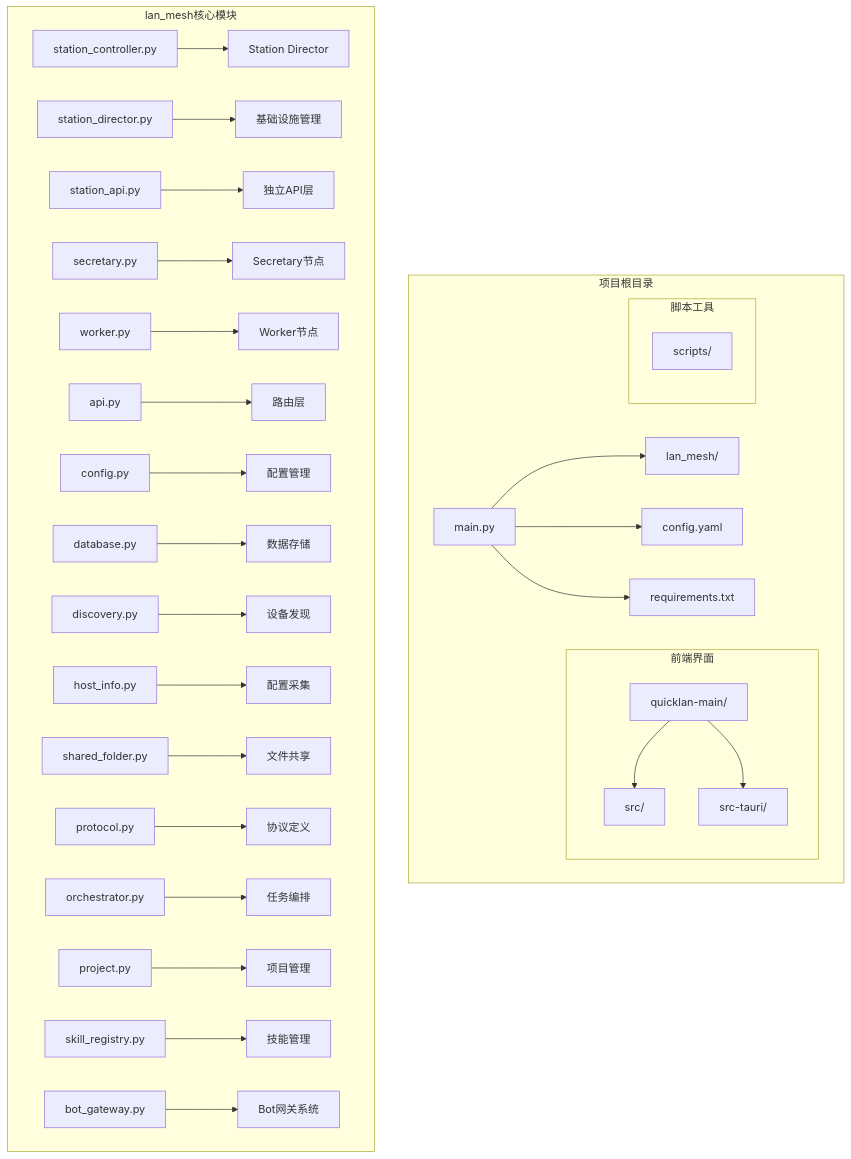
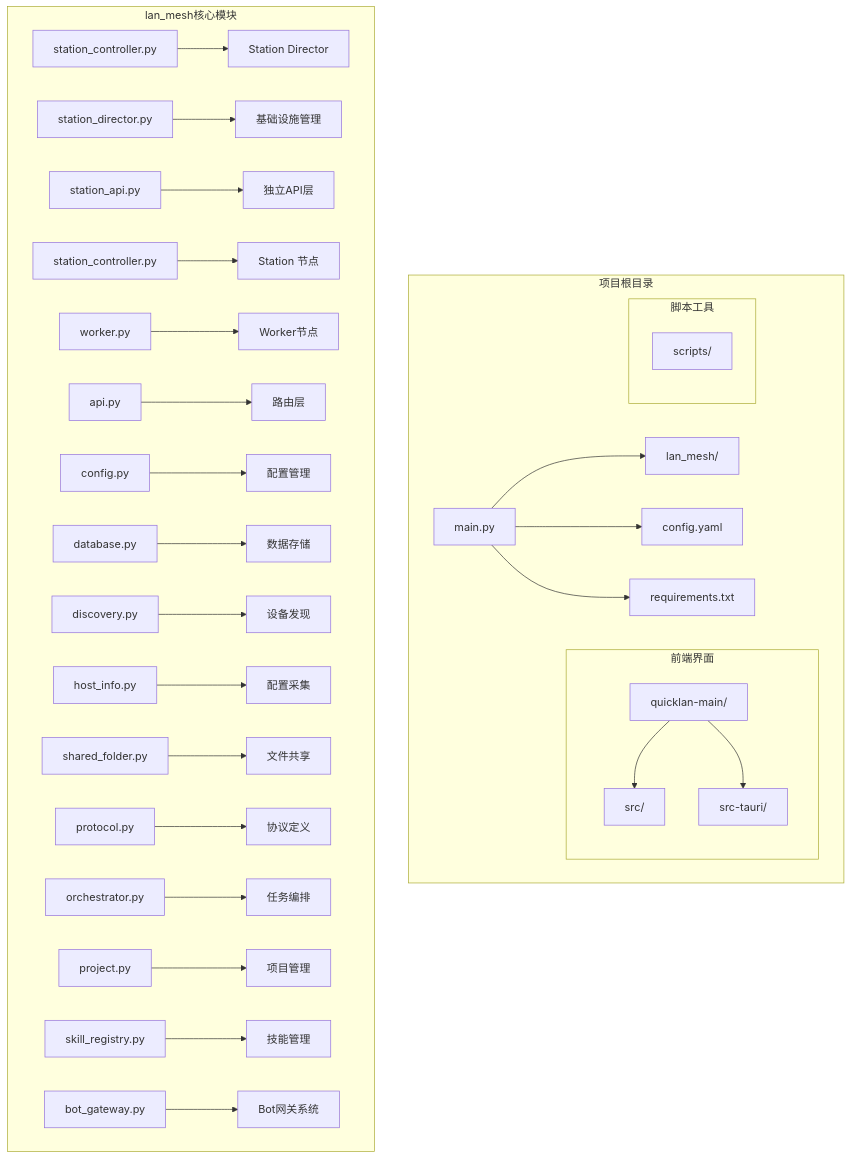
Before and after one commit to targalian/Personal-distributed-workstation: the first of 20 diagrams in .qoder/repowiki/zh/content/核心模块/工作站管理模块.md, drawn with Mermaid. The commit also changed other lines of this file and 63 other files, not shown here.

Commit message:
docs(station): 同步 repo wiki 至 station_controller/station_api 架构

````diff
--- a/.qoder/repowiki/zh/content/核心模块/工作站管理模块.md
+++ b/.qoder/repowiki/zh/content/核心模块/工作站管理模块.md
@@ -83,34 +83,34 @@
 ```mermaid
 graph TB
 subgraph "项目根目录"
 A[main.py] --> B[lan_mesh/]
 A --> C[config.yaml]
 A --> D[requirements.txt]
 subgraph "前端界面"
 E[quicklan-main/]
 E --> F[src/]
 E --> G[src-tauri/]
 end
 subgraph "脚本工具"
 H[scripts/]
 end
 end
 subgraph "lan_mesh核心模块"
 I[station_controller.py] --> J[Station Director]
 K[station_director.py] --> L[基础设施管理]
 M[station_api.py] --> N[独立API层]
-O[secretary.py] --> P[Secretary节点]
+O[station_controller.py] --> P[Station 节点]
 Q[worker.py] --> R[Worker节点]
 S[api.py] --> T[路由层]
 U[config.py] --> V[配置管理]
 W[database.py] --> X[数据存储]
 Y[discovery.py] --> Z[设备发现]
 AA[host_info.py] --> AB[配置采集]
 AC[shared_folder.py] --> AD[文件共享]
 AE[protocol.py] --> AF[协议定义]
 AG[orchestrator.py] --> AH[任务编排]
 AI[project.py] --> AJ[项目管理]
 AK[skill_registry.py] --> AL[技能管理]
 AM[bot_gateway.py] --> AN[Bot网关系统]
 end
 ```
````
